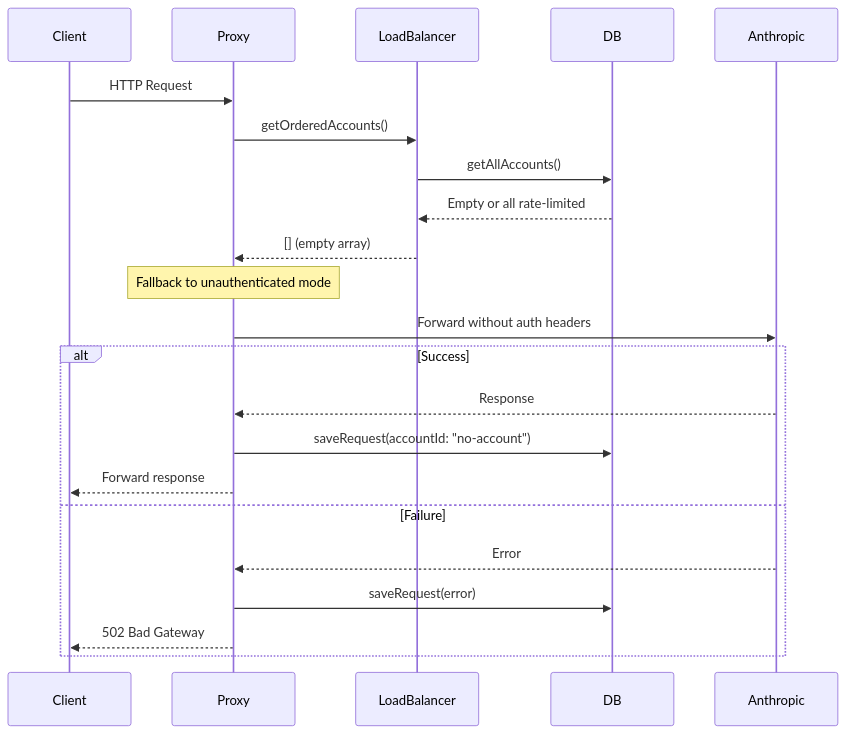
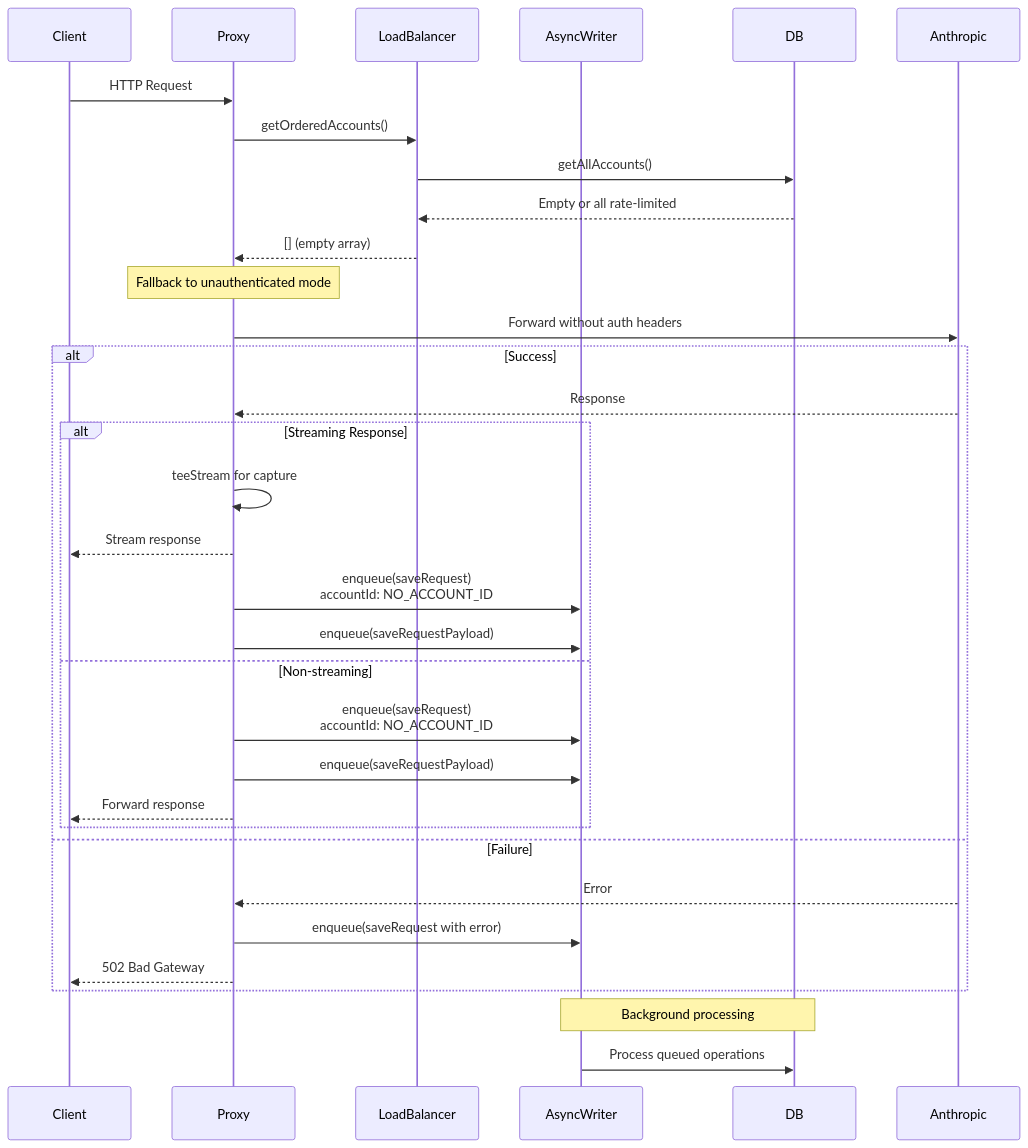
Before and after one commit to tombii/better-ccflare: the seventh of 13 diagrams in docs/data-flow.md, drawn with Mermaid. The commit also changed other lines of this file and 13 other files, not shown here.

````diff
--- a/docs/data-flow.md
+++ b/docs/data-flow.md
@@ -274,28 +370,41 @@
 ```mermaid
 sequenceDiagram
     participant Client
     participant Proxy
     participant LoadBalancer
+    participant AsyncWriter
     participant DB
     participant Anthropic
 
     Client->>Proxy: HTTP Request
     Proxy->>LoadBalancer: getOrderedAccounts()
     LoadBalancer->>DB: getAllAccounts()
     DB-->>LoadBalancer: Empty or all rate-limited
     LoadBalancer-->>Proxy: [] (empty array)
     
     Note over Proxy: Fallback to unauthenticated mode
     
     Proxy->>Anthropic: Forward without auth headers
     
     alt Success
         Anthropic-->>Proxy: Response
-        Proxy->>DB: saveRequest(accountId: "no-account")
-        Proxy-->>Client: Forward response
+        
+        alt Streaming Response
+            Proxy->>Proxy: teeStream for capture
+            Proxy-->>Client: Stream response
+            Proxy->>AsyncWriter: enqueue(saveRequest)<br/>accountId: NO_ACCOUNT_ID
+            Proxy->>AsyncWriter: enqueue(saveRequestPayload)
+        else Non-streaming
+            Proxy->>AsyncWriter: enqueue(saveRequest)<br/>accountId: NO_ACCOUNT_ID
+            Proxy->>AsyncWriter: enqueue(saveRequestPayload)
+            Proxy-->>Client: Forward response
+        end
     else Failure
         Anthropic-->>Proxy: Error
-        Proxy->>DB: saveRequest(error)
+        Proxy->>AsyncWriter: enqueue(saveRequest with error)
         Proxy-->>Client: 502 Bad Gateway
     end
+    
+    Note over AsyncWriter,DB: Background processing
+    AsyncWriter->>DB: Process queued operations
 ```
````
